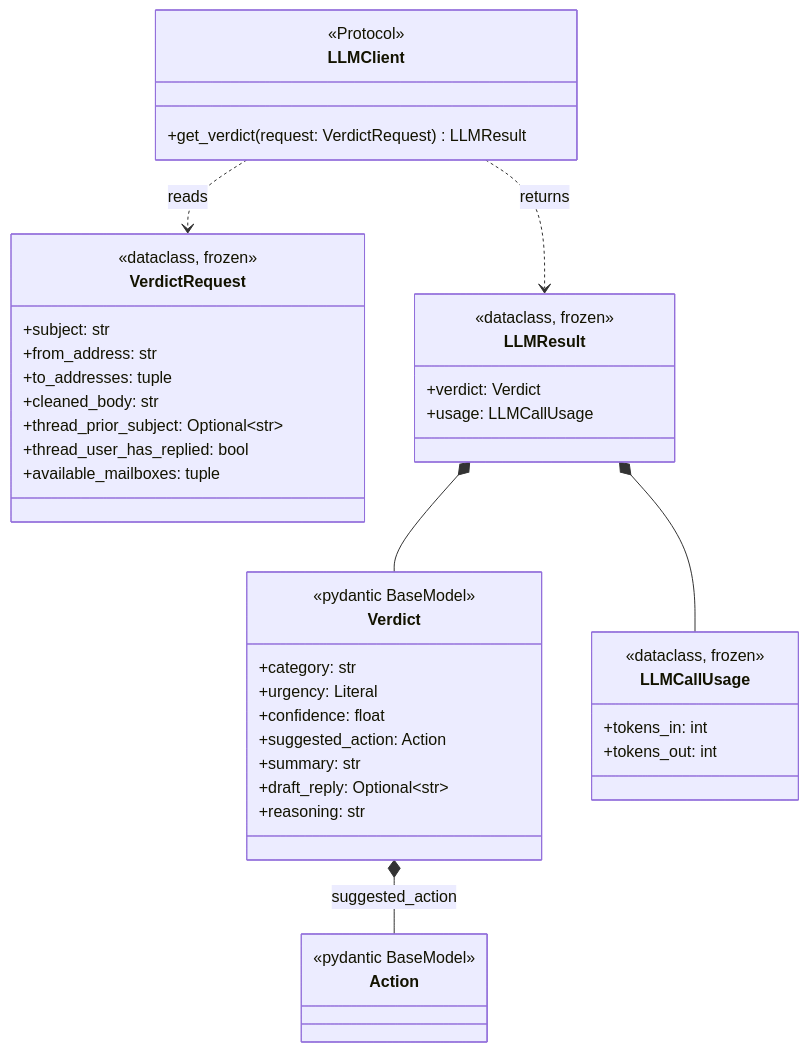
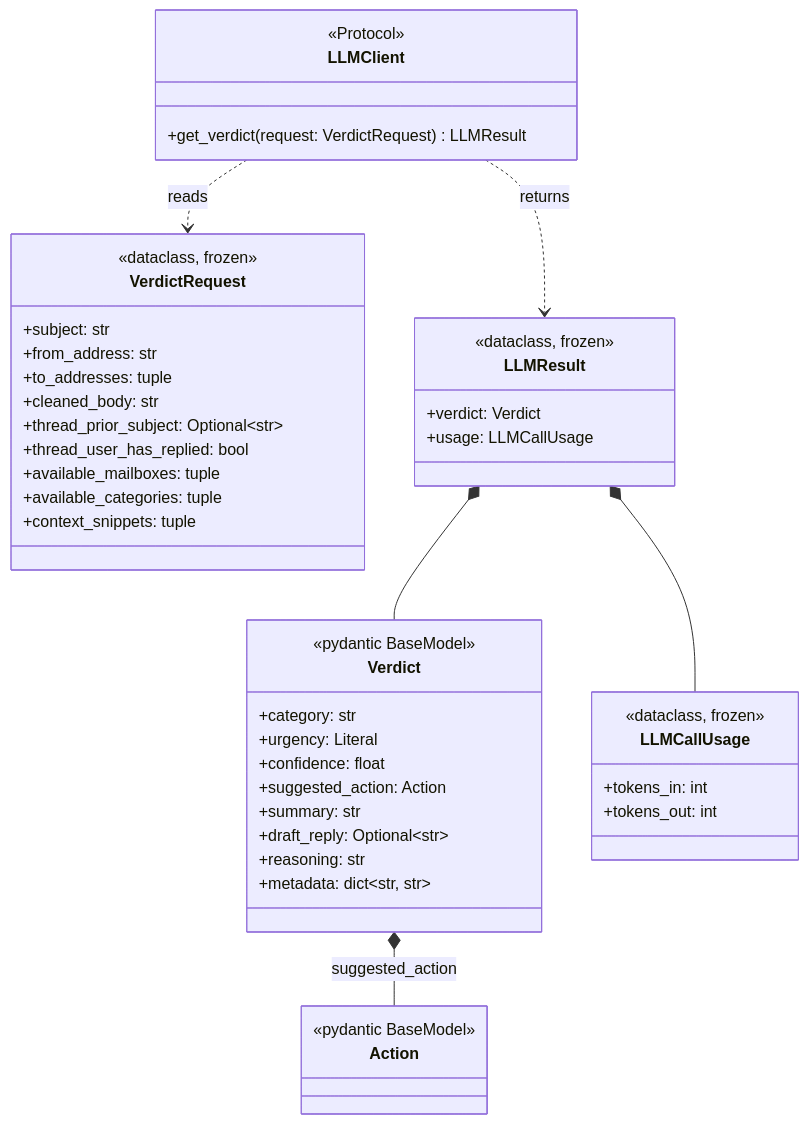
One commit to Stainless5166/friendly-octo-spork changed diagram 14 of 43 in docs/DESIGN.md. Above: the diagram before and after it, drawn with Mermaid. The commit also changed other lines of this file and 70 other files, not shown here.

````diff
--- a/docs/DESIGN.md
+++ b/docs/DESIGN.md
@@ -1209,44 +1247,47 @@
 ```mermaid
 classDiagram
     class Action { <<pydantic BaseModel>> }
     class VerdictRequest {
         <<dataclass, frozen>>
         +subject: str
         +from_address: str
         +to_addresses: tuple
         +cleaned_body: str
         +thread_prior_subject: Optional~str~
         +thread_user_has_replied: bool
         +available_mailboxes: tuple
+        +available_categories: tuple
+        +context_snippets: tuple
     }
     class Verdict {
         <<pydantic BaseModel>>
         +category: str
         +urgency: Literal
         +confidence: float
         +suggested_action: Action
         +summary: str
         +draft_reply: Optional~str~
         +reasoning: str
+        +metadata: dict~str, str~
     }
     class LLMCallUsage {
         <<dataclass, frozen>>
         +tokens_in: int
         +tokens_out: int
     }
     class LLMResult {
         <<dataclass, frozen>>
         +verdict: Verdict
         +usage: LLMCallUsage
     }
     class LLMClient {
         <<Protocol>>
         +get_verdict(request: VerdictRequest) LLMResult
     }
 
     Verdict *-- Action : suggested_action
     LLMClient ..> VerdictRequest : reads
     LLMResult *-- Verdict
     LLMResult *-- LLMCallUsage
     LLMClient ..> LLMResult : returns
 ```
````
